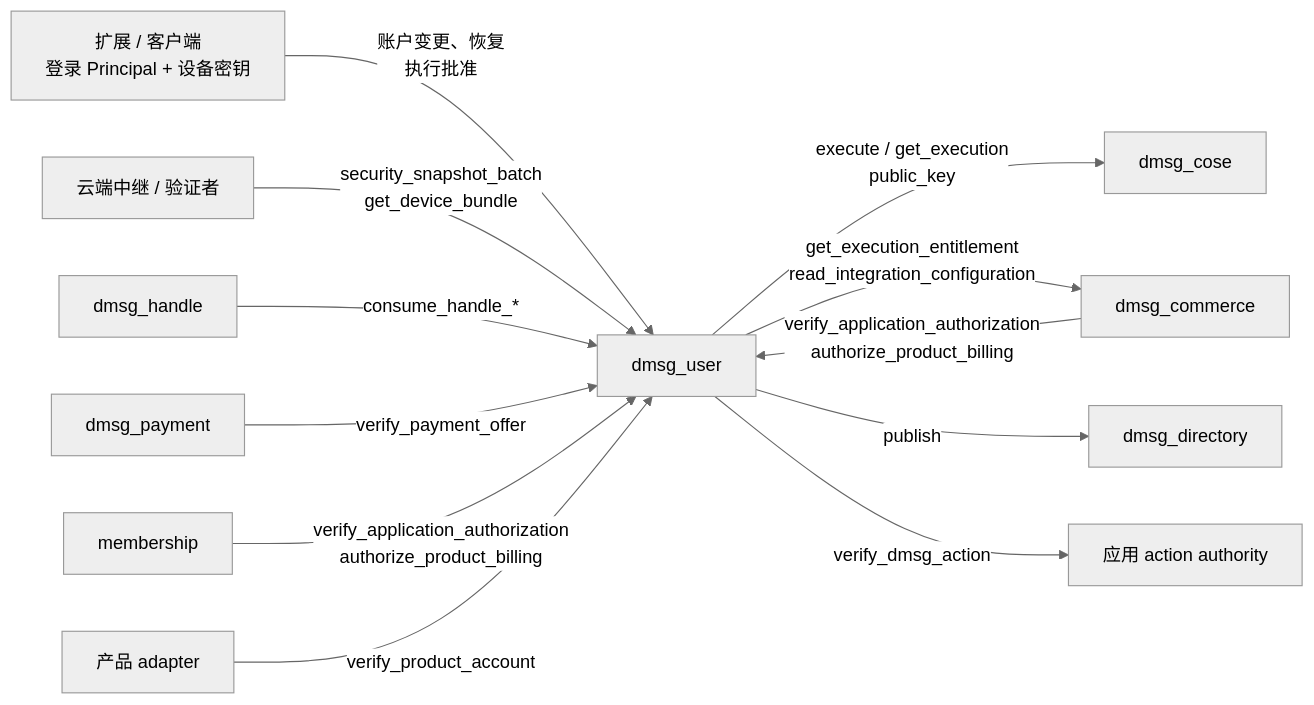
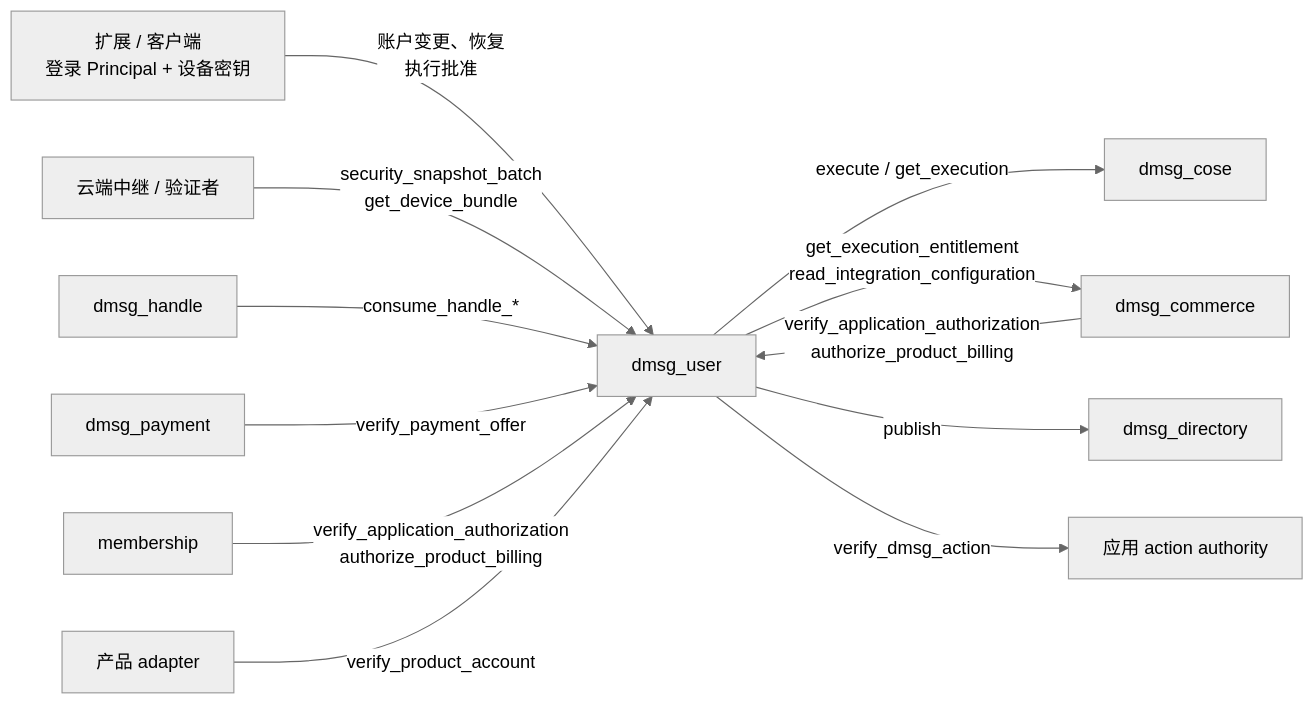
The diagram in src/dmsg_user/README.md (ldclabs/ic-panda), drawn with Mermaid (neutral theme) before and after one commit. The commit also changed other lines of this file and 190 other files, not shown here.

````diff
--- a/src/dmsg_user/README.md
+++ b/src/dmsg_user/README.md
@@ -13,14 +13,14 @@
 ```mermaid
 flowchart LR
   C["扩展 / 客户端<br/>登录 Principal + 设备密钥"] -- "账户变更、恢复<br/>执行批准" --> U["dmsg_user"]
   V["云端中继 / 验证者"] -- "security_snapshot_batch<br/>get_device_bundle" --> U
-  U -- "execute / get_execution<br/>public_key" --> K["dmsg_cose"]
+  U -- "execute / get_execution" --> K["dmsg_cose"]
   U -- "get_execution_entitlement<br/>read_integration_configuration" --> M["dmsg_commerce"]
   U -- "publish" --> D["dmsg_directory"]
   U -- "verify_dmsg_action" --> A["应用 action authority"]
   H["dmsg_handle"] -- "consume_handle_*" --> U
   P["dmsg_payment"] -- "verify_payment_offer" --> U
   M -- "verify_application_authorization<br/>authorize_product_billing" --> U
   S["membership"] -- "verify_application_authorization<br/>authorize_product_billing" --> U
   AD["产品 adapter"] -- "verify_product_account" --> U
 ```
````
